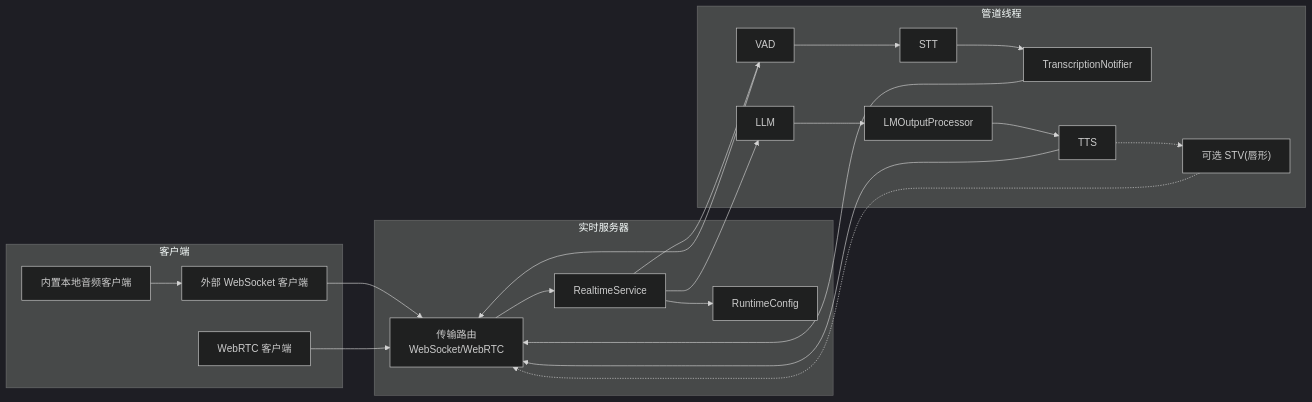
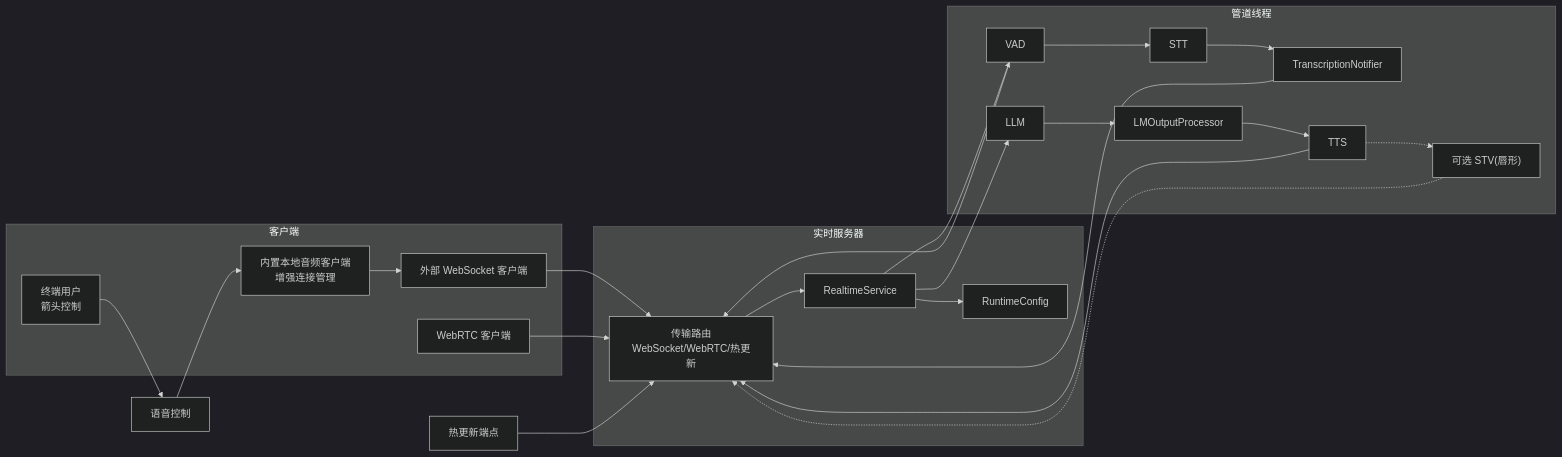
Before and after one commit to joezxh/speech-to-speech: the second of 11 diagrams in .qoder/repowiki/zh/content/OpenAI Realtime API/OpenAI Realtime API.md, drawn with Mermaid (dark theme). The commit also changed other lines of this file and 1743 other files, not shown here.

````diff
--- a/.qoder/repowiki/zh/content/OpenAI Realtime API/OpenAI Realtime API.md
+++ b/.qoder/repowiki/zh/content/OpenAI Realtime API/OpenAI Realtime API.md
@@ -97,38 +116,42 @@
 ```mermaid
 flowchart LR
 subgraph "客户端"
-Local["内置本地音频客户端"]
+Local["内置本地音频客户端<br/>增强连接管理"]
 WSClient["外部 WebSocket 客户端"]
 RTCClient["WebRTC 客户端"]
+Terminal["终端用户<br/>箭头控制"]
 end
 subgraph "实时服务器"
-Router["传输路由<br/>WebSocket/WebRTC"]
+Router["传输路由<br/>WebSocket/WebRTC/热更新"]
 Service["RealtimeService"]
 Config["RuntimeConfig"]
 end
 subgraph "管道线程"
 VAD["VAD"]
 STT["STT"]
 TN["TranscriptionNotifier"]
 LLM["LLM"]
 Proc["LMOutputProcessor"]
 TTS["TTS"]
 STV["可选 STV(唇形)"]
 end
 Local --> WSClient
 WSClient --> Router
 RTCClient --> Router
+Terminal --> VoiceControls["语音控制"]
+VoiceControls --> Local
 Router --> Service
 Service --> Config
 Service --> VAD
 VAD --> STT
 STT --> TN
 TN --> Router
 Service --> LLM
 LLM --> Proc
 Proc --> TTS
 TTS --> Router
 TTS -.-> STV
 STV -.-> Router
 VAD --> Router
+InternalUpdate["热更新端点"] --> Router
 ```
````
